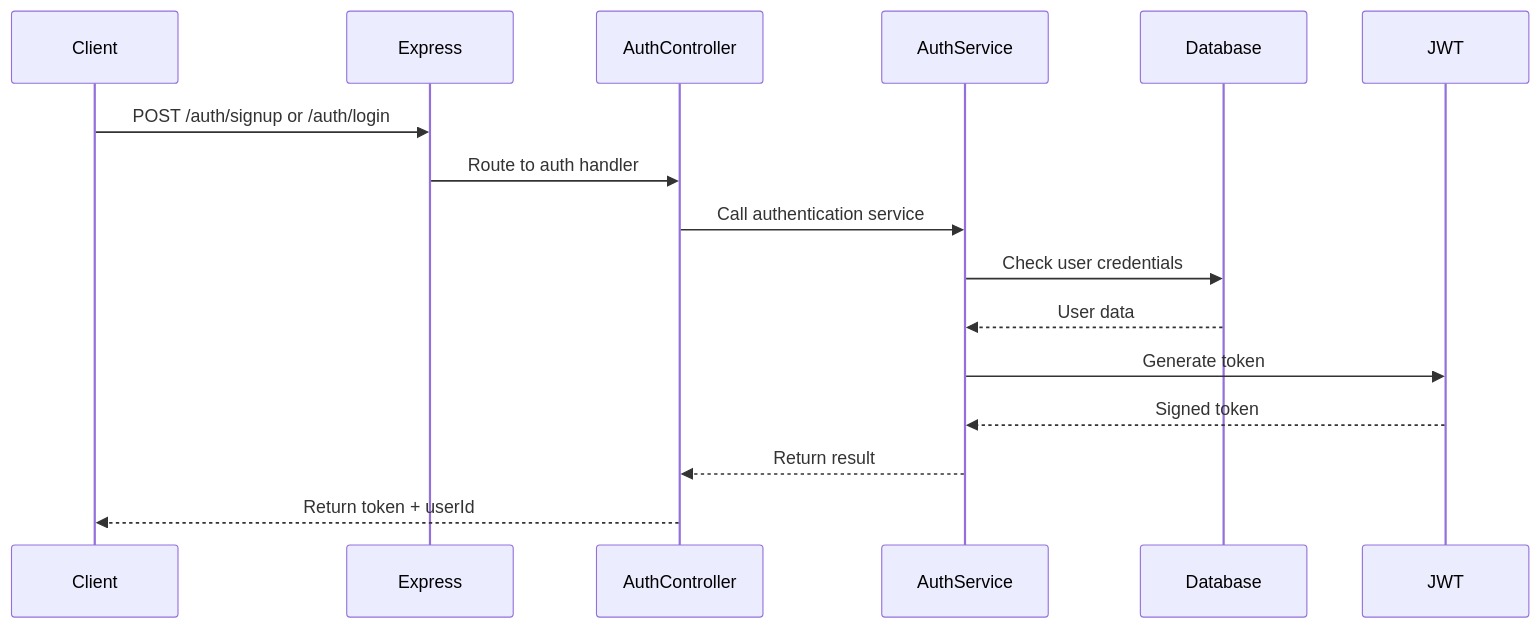
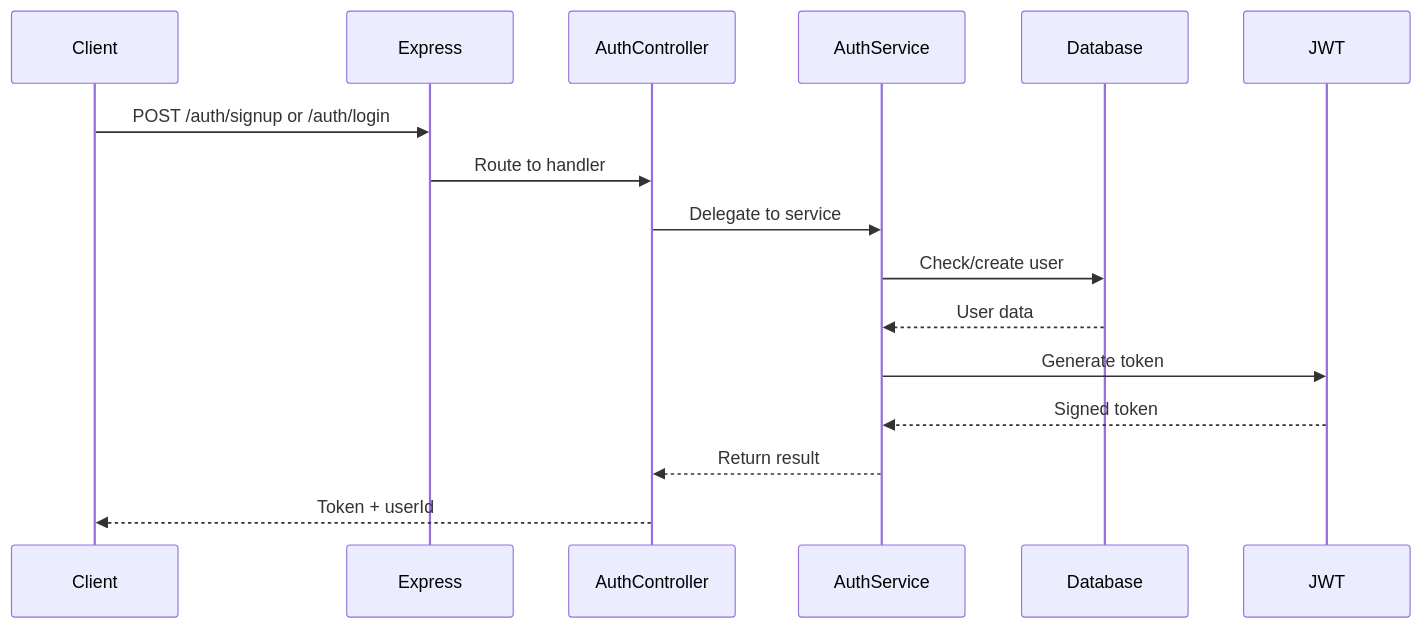
One commit to azeema11/azerro_backend changed the first of 5 diagrams in BACKEND_ARCHITECTURE.md. Above: the diagram before and after it, drawn with Mermaid. The commit also changed other lines of this file and 20 other files, not shown here.

````diff
--- a/BACKEND_ARCHITECTURE.md
+++ b/BACKEND_ARCHITECTURE.md
@@ -99,19 +87,19 @@
 ```mermaid
 sequenceDiagram
     participant Client
     participant Express
     participant AuthController
     participant AuthService
     participant Database
     participant JWT
 
     Client->>Express: POST /auth/signup or /auth/login
-    Express->>AuthController: Route to auth handler
-    AuthController->>AuthService: Call authentication service
-    AuthService->>Database: Check user credentials
+    Express->>AuthController: Route to handler
+    AuthController->>AuthService: Delegate to service
+    AuthService->>Database: Check/create user
     Database-->>AuthService: User data
     AuthService->>JWT: Generate token
     JWT-->>AuthService: Signed token
     AuthService-->>AuthController: Return result
-    AuthController-->>Client: Return token + userId
+    AuthController-->>Client: Token + userId
 ```
````
